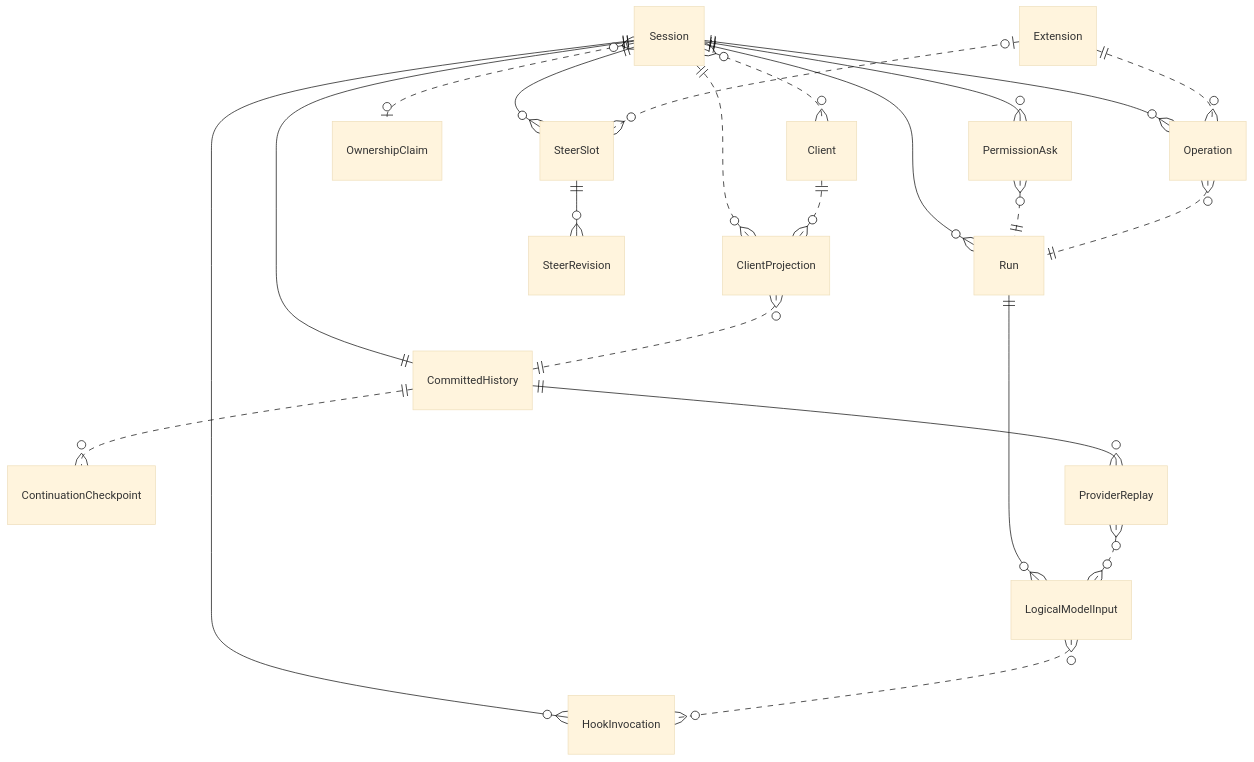
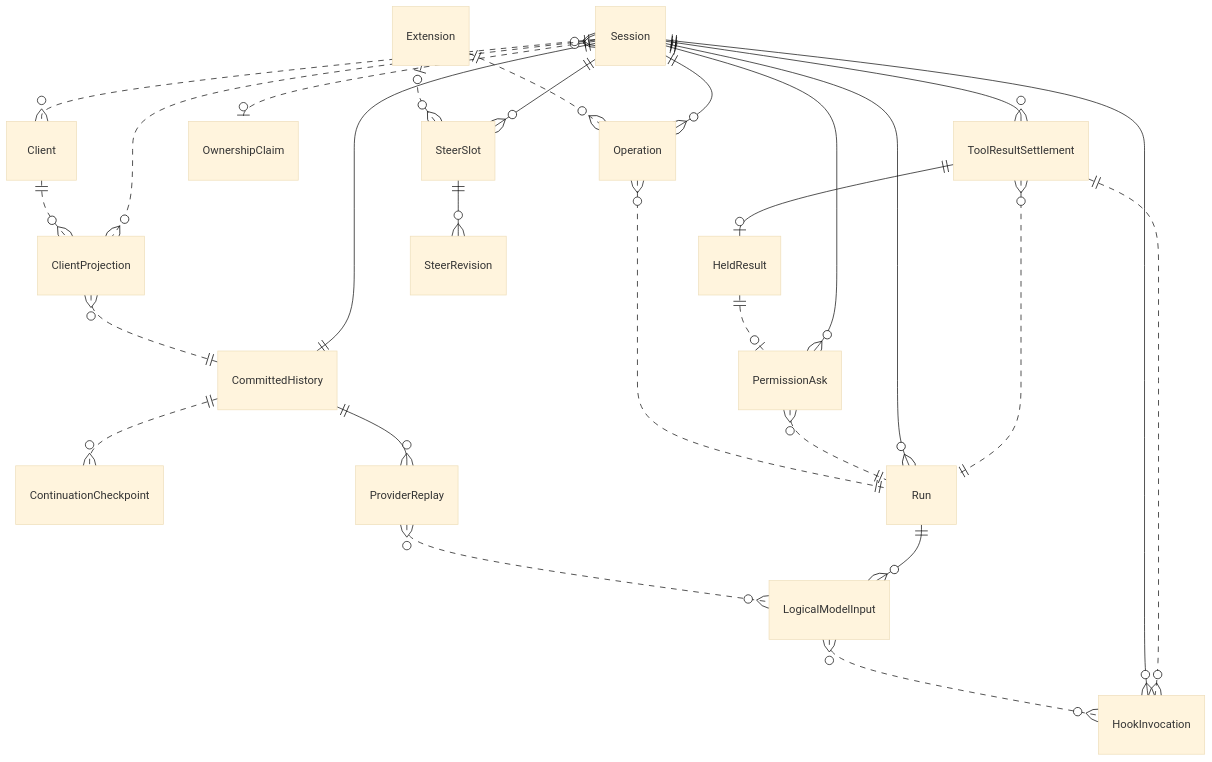
The diagram in docs/drafts/session-commit-history.modelith.md (stacklok/mecatl), drawn with Mermaid (base theme) before and after one commit. The commit also changed other lines of this file and 6 other files, not shown here.

````diff
--- a/docs/drafts/session-commit-history.modelith.md
+++ b/docs/drafts/session-commit-history.modelith.md
@@ -229,39 +272,46 @@
 ```mermaid
 erDiagram
     Client {}
     ClientProjection {}
     CommittedHistory {}
     ContinuationCheckpoint {}
     Extension {}
+    HeldResult {}
     HookInvocation {}
     LogicalModelInput {}
     Operation {}
     OwnershipClaim {}
     PermissionAsk {}
     ProviderReplay {}
     Run {}
     Session {}
     SteerRevision {}
     SteerSlot {}
+    ToolResultSettlement {}
     Client ||..o{ ClientProjection : ""
     ClientProjection }o..|| CommittedHistory : ""
     CommittedHistory ||..o{ ContinuationCheckpoint : ""
     CommittedHistory ||--o{ ProviderReplay : ""
     Extension ||..o{ Operation : ""
     Extension |o..o{ SteerSlot : ""
+    HeldResult ||..o| PermissionAsk : ""
     LogicalModelInput }o..o{ HookInvocation : ""
     Operation }o..|| Run : ""
     PermissionAsk }o..|| Run : ""
     ProviderReplay }o..o{ LogicalModelInput : ""
     Run ||--o{ LogicalModelInput : ""
     Session ||--|| CommittedHistory : ""
     Session ||--o{ Run : ""
     Session ||--o{ SteerSlot : ""
     Session ||--o{ PermissionAsk : ""
     Session ||--o{ Operation : ""
     Session ||--o{ HookInvocation : ""
+    Session ||--o{ ToolResultSettlement : ""
     Session }o..o| OwnershipClaim : ""
     Session }o..o{ Client : ""
     Session ||..o{ ClientProjection : ""
     SteerSlot ||--o{ SteerRevision : ""
+    ToolResultSettlement }o..|| Run : ""
+    ToolResultSettlement ||..o{ HookInvocation : ""
+    ToolResultSettlement ||--o| HeldResult : ""
 ```
````
